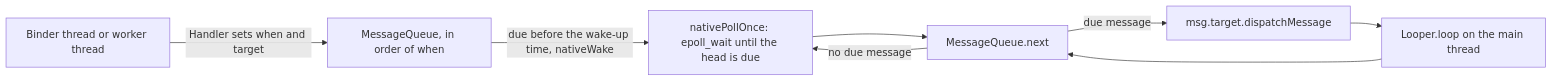
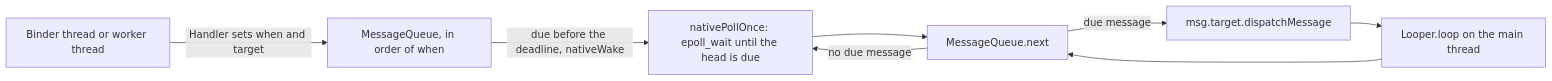
The diagram in site/src/content/docs/launch-path/main-thread.mdx (imGurpreetSK/android-from-first-principles), drawn with Mermaid before and after one commit. The commit also changed other lines of this file, not shown here.

````diff
--- a/site/src/content/docs/launch-path/main-thread.mdx
+++ b/site/src/content/docs/launch-path/main-thread.mdx
@@ -248,10 +248,10 @@
 ```mermaid
 flowchart LR
   other["Binder thread or worker thread"] -->|Handler sets when and target| queue["MessageQueue, in order of when"]
-  queue -->|due before the wake-up time, nativeWake| sleep
+  queue -->|due before the deadline, nativeWake| sleep
   loop["Looper.loop on the main thread"] --> next["MessageQueue.next"]
   next -->|no due message| sleep["nativePollOnce: epoll_wait until the head is due"]
   sleep --> next
   next -->|due message| dispatch["msg.target.dispatchMessage"]
   dispatch --> loop
 ```
````
